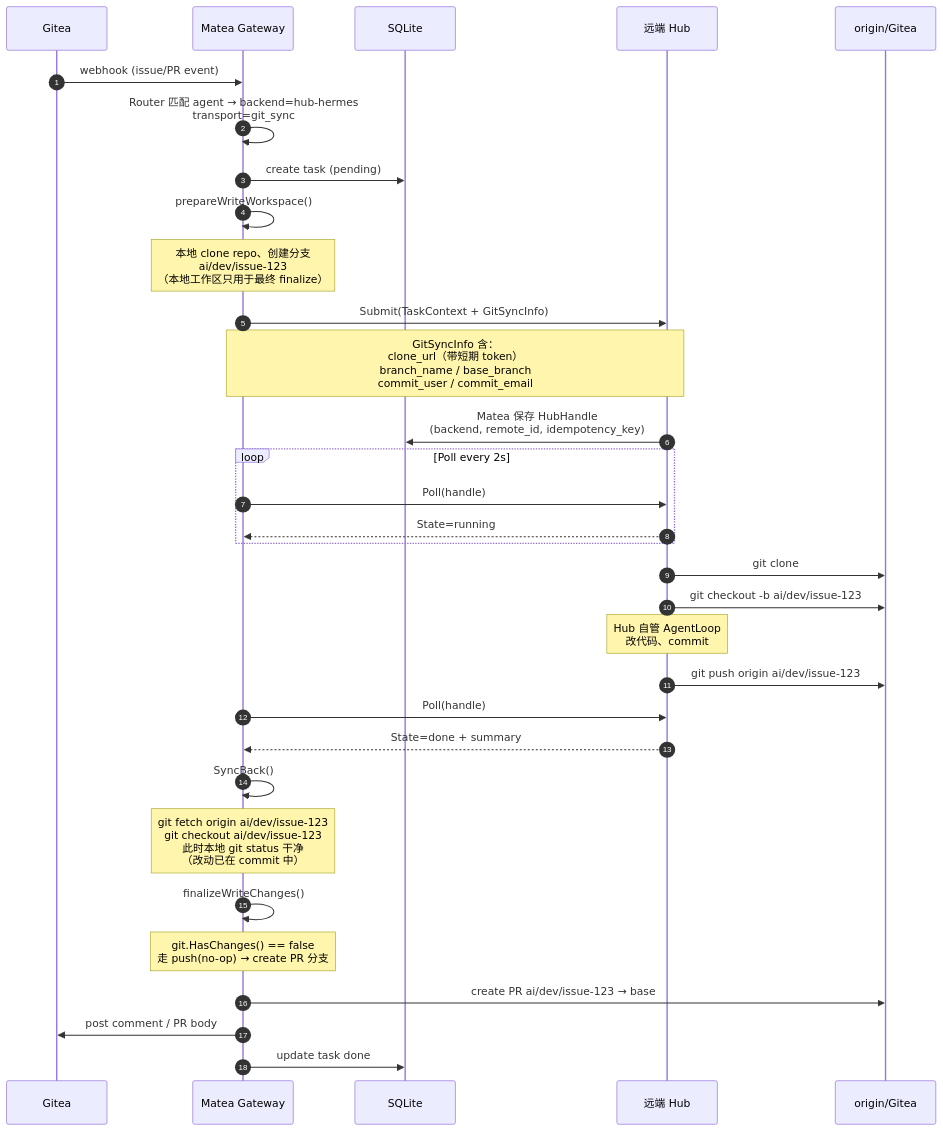
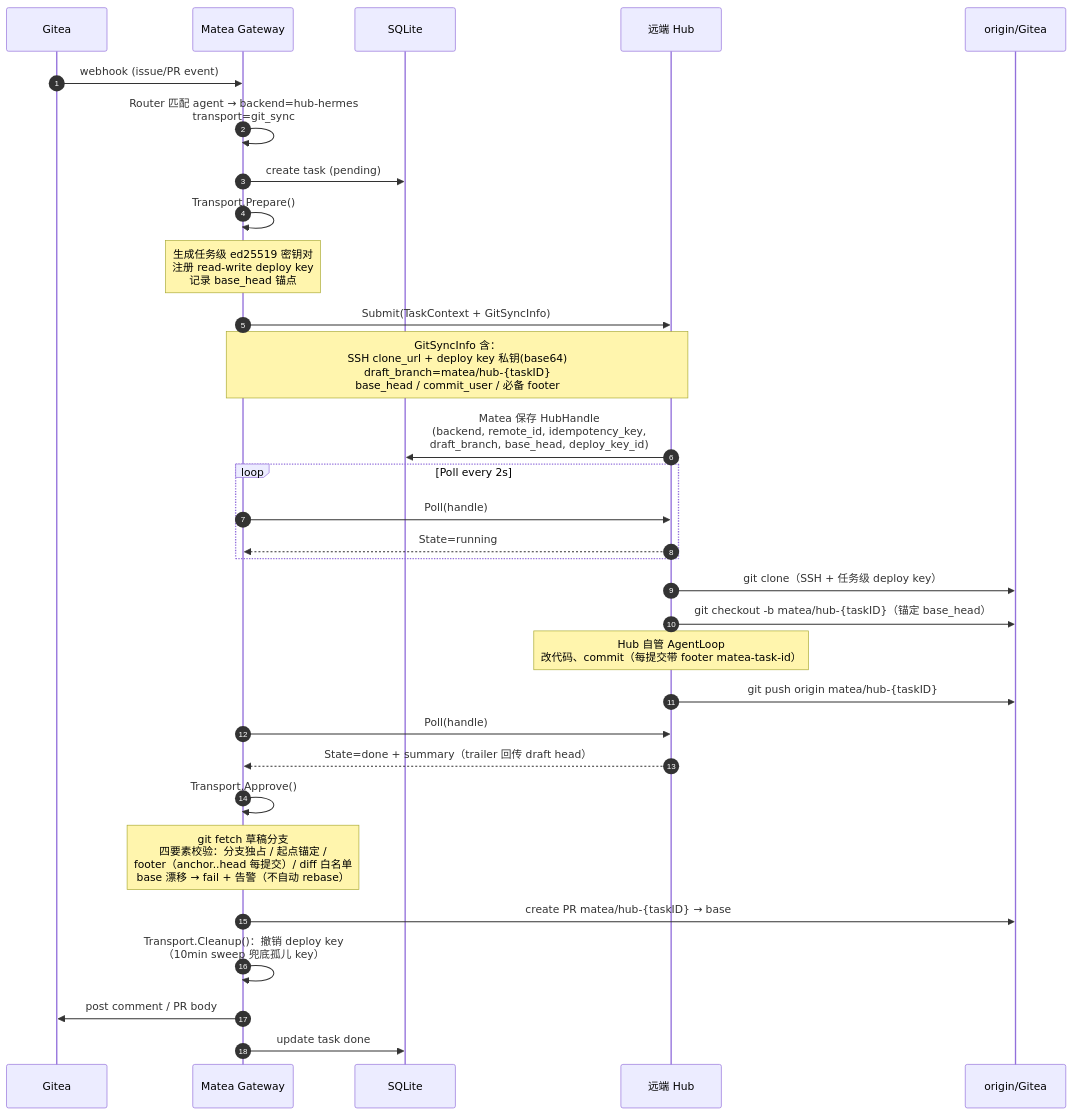
The second of 6 diagrams in docs/remote-hub-deployment-flow.md (jeeinn/matea), drawn with Mermaid before and after one commit. The commit also changed other lines of this file and 40 other files, not shown here.

````diff
--- a/docs/remote-hub-deployment-flow.md
+++ b/docs/remote-hub-deployment-flow.md
@@ -62,43 +62,41 @@
 ```mermaid
 sequenceDiagram
     autonumber
     participant G as Gitea
     participant M as Matea Gateway
     participant DB as SQLite
     participant H as 远端 Hub
     participant O as origin/Gitea
 
     G->>M: webhook (issue/PR event)
     M->>M: Router 匹配 agent → backend=hub-hermes<br/>transport=git_sync
     M->>DB: create task (pending)
-    M->>M: prepareWriteWorkspace()
-    Note over M: 本地 clone repo、创建分支<br/>ai/dev/issue-123<br/>（本地工作区只用于最终 finalize）
+    M->>M: Transport.Prepare()
+    Note over M: 生成任务级 ed25519 密钥对<br/>注册 read-write deploy key<br/>记录 base_head 锚点
 
     M->>H: Submit(TaskContext + GitSyncInfo)
-    Note over M,H: GitSyncInfo 含：<br/>clone_url（带短期 token）<br/>branch_name / base_branch<br/>commit_user / commit_email
+    Note over M,H: GitSyncInfo 含：<br/>SSH clone_url + deploy key 私钥(base64)<br/>draft_branch=matea/hub-{taskID}<br/>base_head / commit_user / 必备 footer
 
-    H->>DB: Matea 保存 HubHandle<br/>(backend, remote_id, idempotency_key)
+    H->>DB: Matea 保存 HubHandle<br/>(backend, remote_id, idempotency_key,<br/>draft_branch, base_head, deploy_key_id)
 
     loop Poll every 2s
         M->>H: Poll(handle)
         H-->>M: State=running
     end
 
-    H->>O: git clone
-    H->>O: git checkout -b ai/dev/issue-123
-    Note over H: Hub 自管 AgentLoop<br/>改代码、commit
-    H->>O: git push origin ai/dev/issue-123
+    H->>O: git clone（SSH + 任务级 deploy key）
+    H->>O: git checkout -b matea/hub-{taskID}（锚定 base_head）
+    Note over H: Hub 自管 AgentLoop<br/>改代码、commit（每提交带 footer matea-task-id）
+    H->>O: git push origin matea/hub-{taskID}
 
     M->>H: Poll(handle)
-    H-->>M: State=done + summary
+    H-->>M: State=done + summary（trailer 回传 draft head）
 
-    M->>M: SyncBack()
-    Note over M: git fetch origin ai/dev/issue-123<br/>git checkout ai/dev/issue-123<br/>此时本地 git status 干净<br/>（改动已在 commit 中）
+    M->>M: Transport.Approve()
+    Note over M: git fetch 草稿分支<br/>四要素校验：分支独占 / 起点锚定 /<br/>footer（anchor..head 每提交）/ diff 白名单<br/>base 漂移 → fail + 告警（不自动 rebase）
 
-    M->>M: finalizeWriteChanges()
-    Note over M: git.HasChanges() == false<br/>走 push(no-op) → create PR 分支
-
-    M->>O: create PR ai/dev/issue-123 → base
+    M->>O: create PR matea/hub-{taskID} → base
+    M->>M: Transport.Cleanup()：撤销 deploy key<br/>（10min sweep 兜底孤儿 key）
     M->>G: post comment / PR body
     M->>DB: update task done
 ```
````
